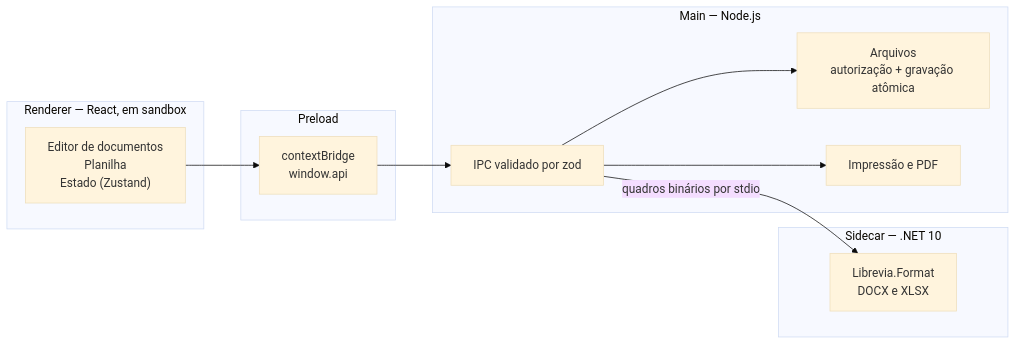
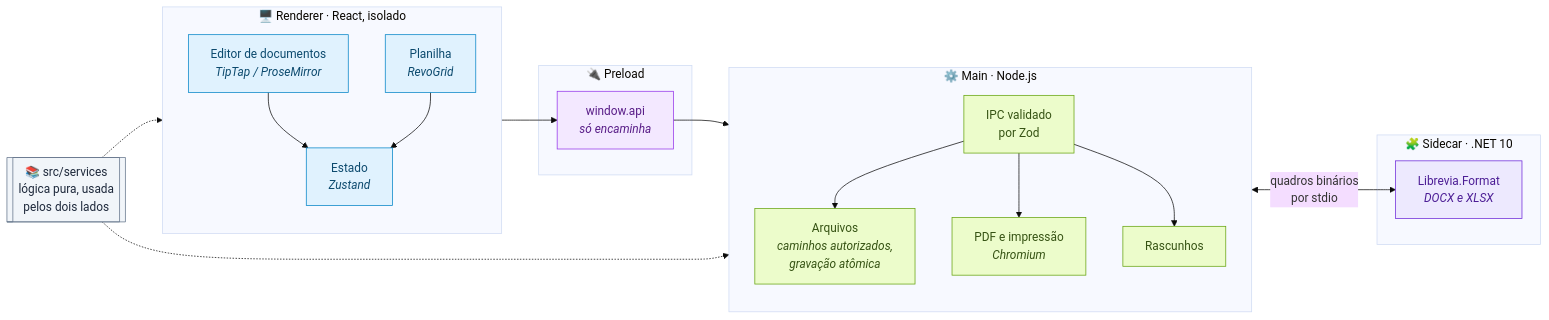
One commit to VStorch/LibreviaWorkspace changed the second of 5 diagrams in README.md. Above: the diagram before and after it, drawn with Mermaid (base theme). The commit also changed other lines of this file, not shown here.

Commit message:
docs(readme): rewrite for the finished roadmap

````diff
--- a/README.md
+++ b/README.md
@@ -237,25 +309,44 @@
 ```mermaid
-graph LR
-    subgraph R["Renderer — React, em sandbox"]
-        UI["Editor de documentos<br/>Planilha<br/>Estado (Zustand)"]
+flowchart LR
+    subgraph R["🖥️ Renderer · React, isolado"]
+        direction TB
+        DOC["Editor de documentos<br/><i>TipTap / ProseMirror</i>"]
+        SHEET["Planilha<br/><i>RevoGrid</i>"]
+        ST["Estado<br/><i>Zustand</i>"]
     end
 
-    subgraph P["Preload"]
-        B["contextBridge<br/>window.api"]
+    subgraph P["🔌 Preload"]
+        API["window.api<br/><i>só encaminha</i>"]
     end
 
-    subgraph M["Main — Node.js"]
-        IPC["IPC validado por zod"]
-        FS["Arquivos<br/>autorização + gravação atômica"]
-        PDF["Impressão e PDF"]
+    subgraph M["⚙️ Main · Node.js"]
+        direction TB
+        IPC["IPC validado<br/>por Zod"]
+        FS["Arquivos<br/><i>caminhos autorizados,<br/>gravação atômica</i>"]
+        PDF["PDF e impressão<br/><i>Chromium</i>"]
+        REC["Rascunhos"]
     end
 
-    subgraph S["Sidecar — .NET 10"]
-        F["Librevia.Format<br/>DOCX e XLSX"]
+    subgraph S["🧩 Sidecar · .NET 10"]
+        FMT["Librevia.Format<br/><i>DOCX e XLSX</i>"]
     end
 
-    UI --> B --> IPC
-    IPC --> FS
-    IPC --> PDF
-    IPC -->|"quadros binários por stdio"| F
+    SV[["📚 src/services<br/>lógica pura, usada<br/>pelos dois lados"]]
+
+    DOC & SHEET --> ST --> API --> IPC
+    IPC --> FS & PDF & REC
+    IPC <-->|"quadros binários<br/>por stdio"| FMT
+    SV -.-> R
+    SV -.-> M
+
+    classDef ui fill:#e0f2fe,stroke:#0284c7,color:#0c4a6e
+    classDef bridge fill:#f3e8ff,stroke:#9333ea,color:#581c87
+    classDef mainp fill:#ecfccb,stroke:#65a30d,color:#365314
+    classDef net fill:#ede9fe,stroke:#6d28d9,color:#4c1d95
+    classDef pure fill:#f1f5f9,stroke:#64748b,color:#1e293b
+    class DOC,SHEET,ST ui
+    class API bridge
+    class IPC,FS,PDF,REC mainp
+    class FMT net
+    class SV pure
 ```
````
